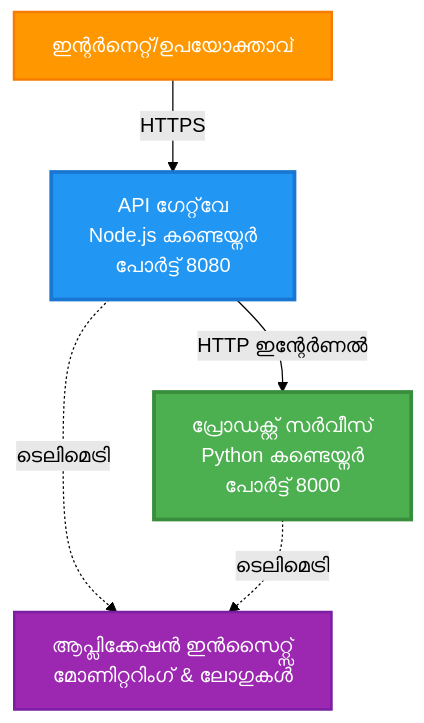
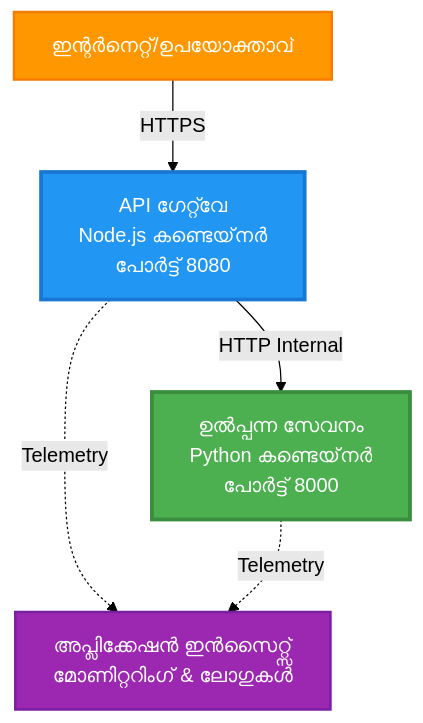
Before and after one commit to microsoft/AZD-for-beginners: the first of 4 diagrams in translations/ml/examples/microservices/README.md, drawn with Mermaid (forest theme). The commit also changed other lines of this file and 470 other files, not shown here.

````diff
--- a/translations/ml/examples/microservices/README.md
+++ b/translations/ml/examples/microservices/README.md
@@ -40,17 +31,17 @@
 ```mermaid
 graph TB
     Internet[ഇന്റർനെറ്റ്/ഉപയോക്താവ്]
-    Gateway[API ഗേറ്റ്‌വേ<br/>Node.js കണ്ടെയ്നർ<br/>പോർട്ട് 8080]
-    Product[പ്രോഡക്റ്റ് സർവീസ്<br/>Python കണ്ടെയ്നർ<br/>പോർട്ട് 8000]
-    AppInsights[ആപ്ലിക്കേഷൻ ഇൻസൈറ്റ്സ്<br/>മോണിറ്ററിംഗ് & ലോഗുകൾ]
+    Gateway[API ഗേറ്റ്‍വേ<br/>Node.js കണ്ടെയ്‌നർ<br/>പോർട്ട് 8080]
+    Product[ഉൽപ്പന്ന സേവനം<br/>Python കണ്ടെയ്‌നർ<br/>പോർട്ട് 8000]
+    AppInsights[അപ്ലിക്കേഷൻ ഇൻസൈറ്റ്സ്<br/>മോണിറ്ററിംഗ് & ലോഗുകൾ]
     
     Internet -->|HTTPS| Gateway
-    Gateway -->|HTTP ഇന്റേർണൽ| Product
-    Gateway -.->|ടെലിമെട്രി| AppInsights
-    Product -.->|ടെലിമെട്രി| AppInsights
+    Gateway -->|HTTP Internal| Product
+    Gateway -.->|Telemetry| AppInsights
+    Product -.->|Telemetry| AppInsights
     
     style Gateway fill:#2196F3,stroke:#1976D2,stroke-width:3px,color:#fff
     style Product fill:#4CAF50,stroke:#388E3C,stroke-width:3px,color:#fff
     style Internet fill:#FF9800,stroke:#F57C00,stroke-width:2px,color:#fff
     style AppInsights fill:#9C27B0,stroke:#7B1FA2,stroke-width:2px,color:#fff
 ```
````
